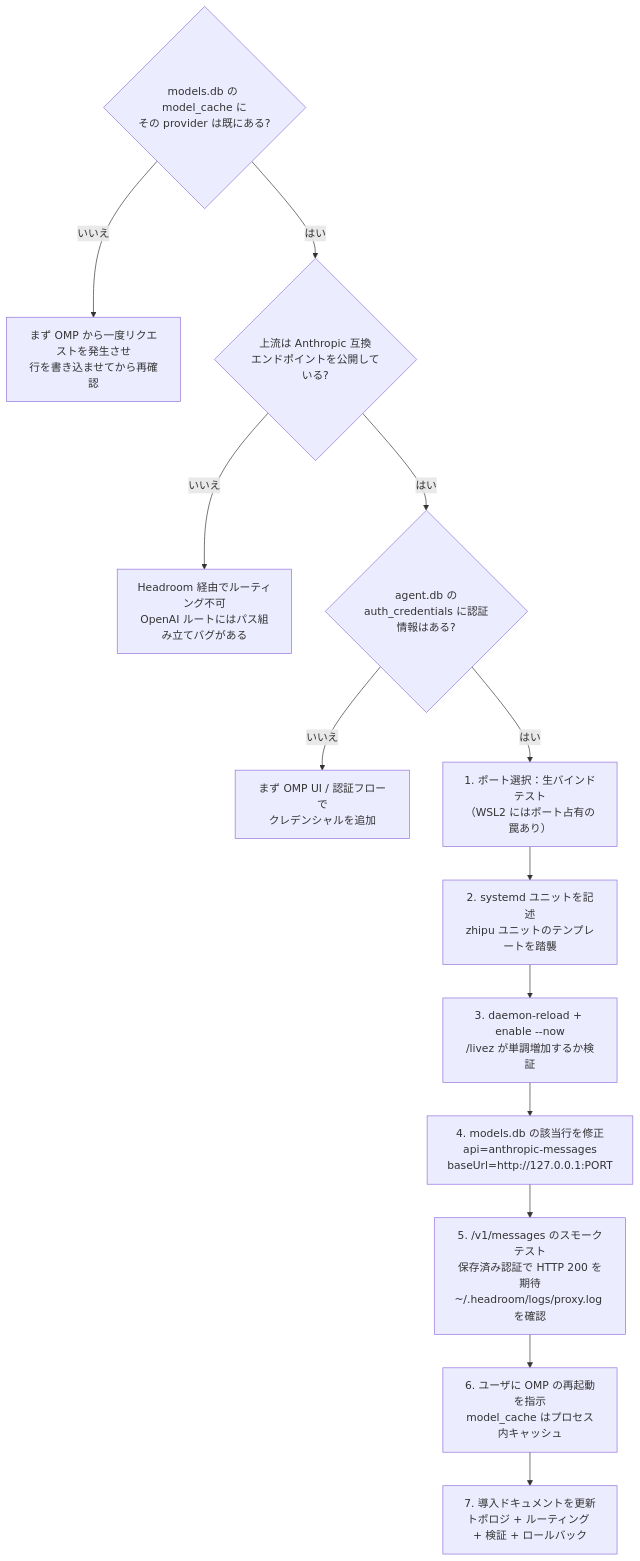
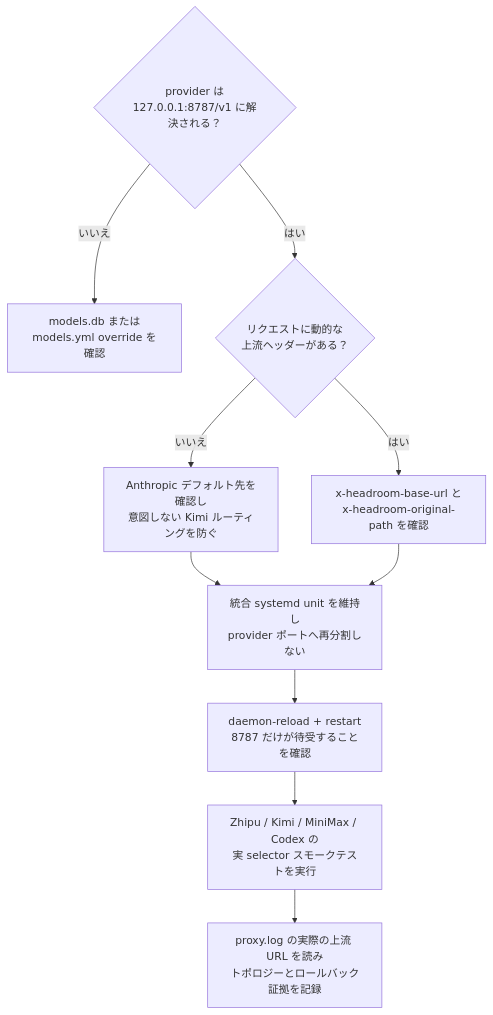
Before and after one commit to DavidHLP/DavidHLP.github.io: the third of 6 diagrams in src/content/note/ja/omp-config-and-rules-guide.md, drawn with Mermaid. The commit also changed other lines of this file and 11 other files, not shown here.

First line of the commit message:
docs(note): expand OMP and Headroom guides

````diff
--- a/src/content/note/ja/omp-config-and-rules-guide.md
+++ b/src/content/note/ja/omp-config-and-rules-guide.md
@@ -294,16 +297,13 @@
 ```mermaid
 flowchart TD
-  Q1{"models.db の model_cache に<br/>その provider は既にある?"}
-  Q1 -- いいえ --> T1["まず OMP から一度リクエストを発生させ<br/>行を書き込ませてから再確認"]
-  Q1 -- はい --> Q2{"上流は Anthropic 互換<br/>エンドポイントを公開している?"}
-  Q2 -- いいえ --> STOP["Headroom 経由でルーティング不可<br/>OpenAI ルートにはパス組み立てバグがある"]
-  Q2 -- はい --> Q3{"agent.db の<br/>auth_credentials に認証情報はある?"}
-  Q3 -- いいえ --> SEED["まず OMP UI / 認証フローで<br/>クレデンシャルを追加"]
-  Q3 -- はい --> P1["1. ポート選択：生バインドテスト<br/>（WSL2 にはポート占有の罠あり）"]
-  P1 --> P2["2. systemd ユニットを記述<br/>zhipu ユニットのテンプレートを踏襲"]
-  P2 --> P3["3. daemon-reload + enable --now<br/>/livez が単調増加するか検証"]
-  P3 --> P4["4. models.db の該当行を修正<br/>api=anthropic-messages<br/>baseUrl=http://127.0.0.1:PORT"]
-  P4 --> P5["5. /v1/messages のスモークテスト<br/>保存済み認証で HTTP 200 を期待<br/>~/.headroom/logs/proxy.log を確認"]
-  P5 --> P6["6. ユーザに OMP の再起動を指示<br/>model_cache はプロセス内キャッシュ"]
-  P6 --> P7["7. 導入ドキュメントを更新<br/>トポロジ + ルーティング + 検証 + ロールバック"]
+  Q1{"provider は<br/>127.0.0.1:8787/v1 に解決される？"}
+  Q1 -- いいえ --> T1["models.db または<br/>models.yml override を確認"]
+  Q1 -- はい --> Q2{"リクエストに動的な<br/>上流ヘッダーがある？"}
+  Q2 -- いいえ --> D1["Anthropic デフォルト先を確認し<br/>意図しない Kimi ルーティングを防ぐ"]
+  Q2 -- はい --> P1["x-headroom-base-url と<br/>x-headroom-original-path を確認"]
+  D1 --> P2["統合 systemd unit を維持し<br/>provider ポートへ再分割しない"]
+  P1 --> P2
+  P2 --> P3["daemon-reload + restart<br/>8787 だけが待受することを確認"]
+  P3 --> P4["Zhipu / Kimi / MiniMax / Codex の<br/>実 selector スモークテストを実行"]
+  P4 --> P5["proxy.log の実際の上流 URL を読み<br/>トポロジーとロールバック証拠を記録"]
 ```
````
